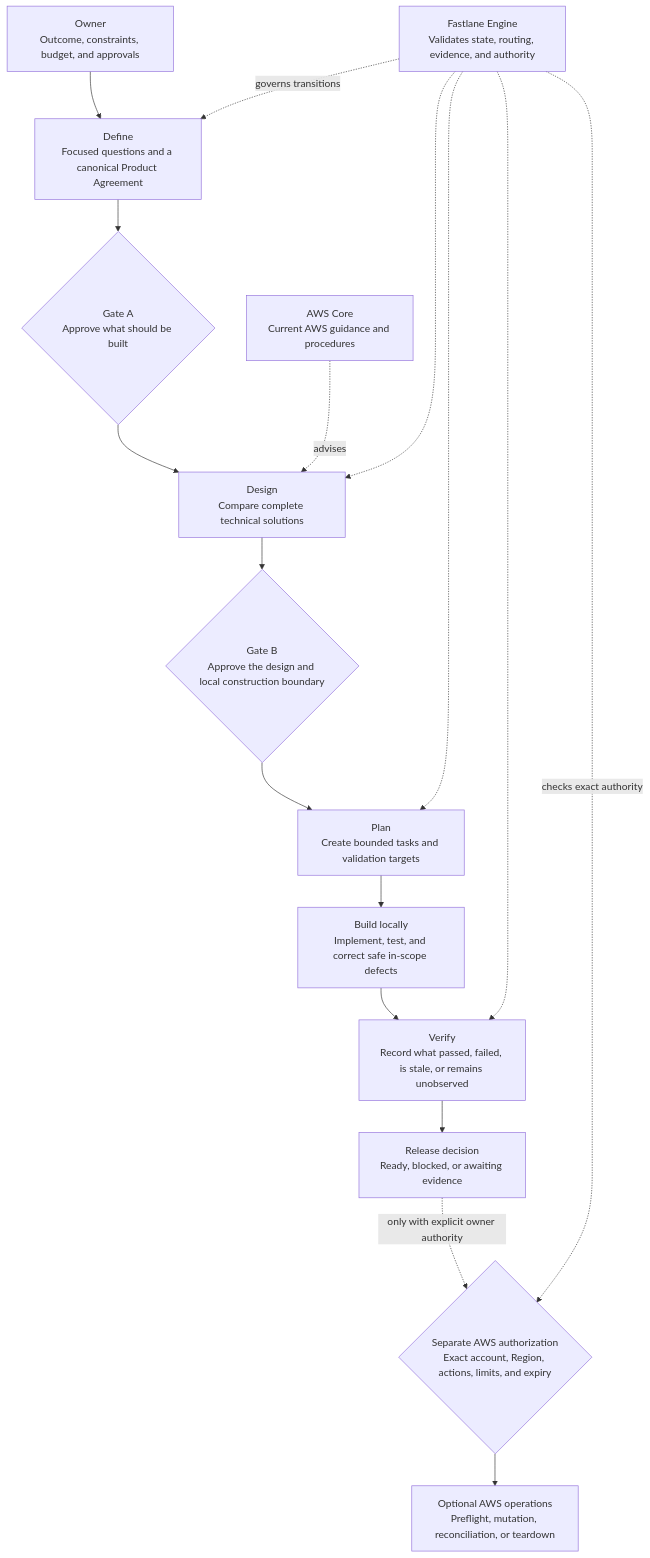
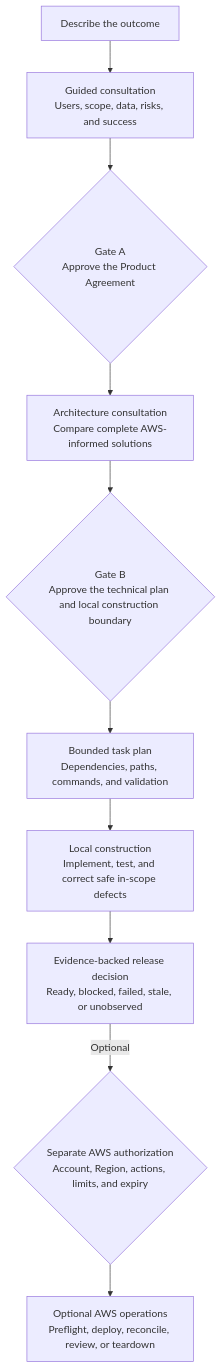
The first of 2 diagrams in README.md (Levi-Breedlove/codex-aws-aidlc), drawn with Mermaid before and after one commit. The commit also changed other lines of this file and 10 other files, not shown here.

Commit message:
docs: present Fastlane as an AWS governance platform

````diff
--- a/README.md
+++ b/README.md
@@ -39,25 +50,20 @@
 ```mermaid
-flowchart TD
-    OWNER["Owner<br/>Outcome, constraints, budget, and approvals"]
-    DEFINE["Define<br/>Focused questions and a canonical Product Agreement"]
-    GATEA{"Gate A<br/>Approve what should be built"}
-    DESIGN["Design<br/>Compare complete technical solutions"]
-    GATEB{"Gate B<br/>Approve the design and local construction boundary"}
-    PLAN["Plan<br/>Create bounded tasks and validation targets"]
-    BUILD["Build locally<br/>Implement, test, and correct safe in-scope defects"]
-    EVIDENCE["Verify<br/>Record what passed, failed, is stale, or remains unobserved"]
-    RELEASE["Release decision<br/>Ready, blocked, or awaiting evidence"]
-    AWSAUTH{"Separate AWS authorization<br/>Exact account, Region, actions, limits, and expiry"}
-    AWSOPS["Optional AWS operations<br/>Preflight, mutation, reconciliation, or teardown"]
-    AWSCORE["AWS Core<br/>Current AWS guidance and procedures"]
-    ENGINE["Fastlane Engine<br/>Validates state, routing, evidence, and authority"]
+flowchart TB
+    accTitle: Fastlane customer delivery lifecycle
+    accDescr: The owner describes an outcome, approves requirements and the technical plan, Codex builds and validates locally, and AWS operations remain separately authorized.
 
-    OWNER --> DEFINE --> GATEA --> DESIGN --> GATEB --> PLAN --> BUILD --> EVIDENCE --> RELEASE
-    AWSCORE -. "advises" .-> DESIGN
-    ENGINE -. "governs transitions" .-> DEFINE
-    ENGINE -.-> DESIGN
-    ENGINE -.-> PLAN
-    ENGINE -.-> EVIDENCE
-    RELEASE -. "only with explicit owner authority" .-> AWSAUTH --> AWSOPS
-    ENGINE -. "checks exact authority" .-> AWSAUTH
+    IDEA["Describe the outcome"]
+    DEFINE["Guided consultation<br/>Users, scope, data, risks, and success"]
+    GATEA{"Gate A<br/>Approve the Product Agreement"}
+    DESIGN["Architecture consultation<br/>Compare complete AWS-informed solutions"]
+    GATEB{"Gate B<br/>Approve the technical plan and local construction boundary"}
+    TASKS["Bounded task plan<br/>Dependencies, paths, commands, and validation"]
+    BUILD["Local construction<br/>Implement, test, and correct safe in-scope defects"]
+    RELEASE["Evidence-backed release decision<br/>Ready, blocked, failed, stale, or unobserved"]
+    AWSAUTH{"Separate AWS authorization<br/>Account, Region, actions, limits, and expiry"}
+    AWSOPS["Optional AWS operations<br/>Preflight, deploy, reconcile, review, or teardown"]
+
+    IDEA --> DEFINE --> GATEA --> DESIGN --> GATEB
+    GATEB --> TASKS --> BUILD --> RELEASE
+    RELEASE -->|"Optional"| AWSAUTH --> AWSOPS
 ```
````
